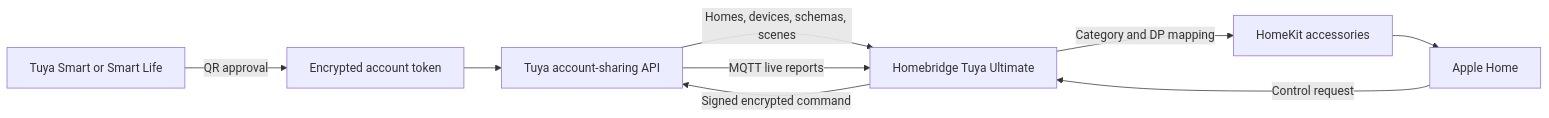
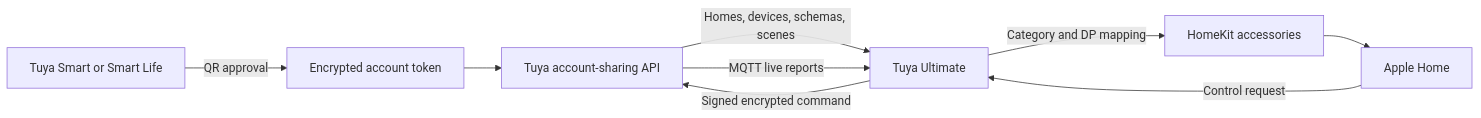
The diagram in README.md (tharunpkarun/homebridge-tuya-ultimate), drawn with Mermaid before and after one commit. The commit also changed other lines of this file and 4 other files, not shown here.

Commit message:
Rename plugin title to Tuya Ultimate

````diff
--- a/README.md
+++ b/README.md
@@ -128,11 +128,11 @@
 ```mermaid
 flowchart LR
   A[Tuya Smart or Smart Life] -->|QR approval| B[Encrypted account token]
   B --> C[Tuya account-sharing API]
-  C -->|Homes, devices, schemas, scenes| D[Homebridge Tuya Ultimate]
+  C -->|Homes, devices, schemas, scenes| D[Tuya Ultimate]
   C -->|MQTT live reports| D
   D -->|Category and DP mapping| E[HomeKit accessories]
   E --> F[Apple Home]
   F -->|Control request| D
   D -->|Signed encrypted command| C
 ```
````
